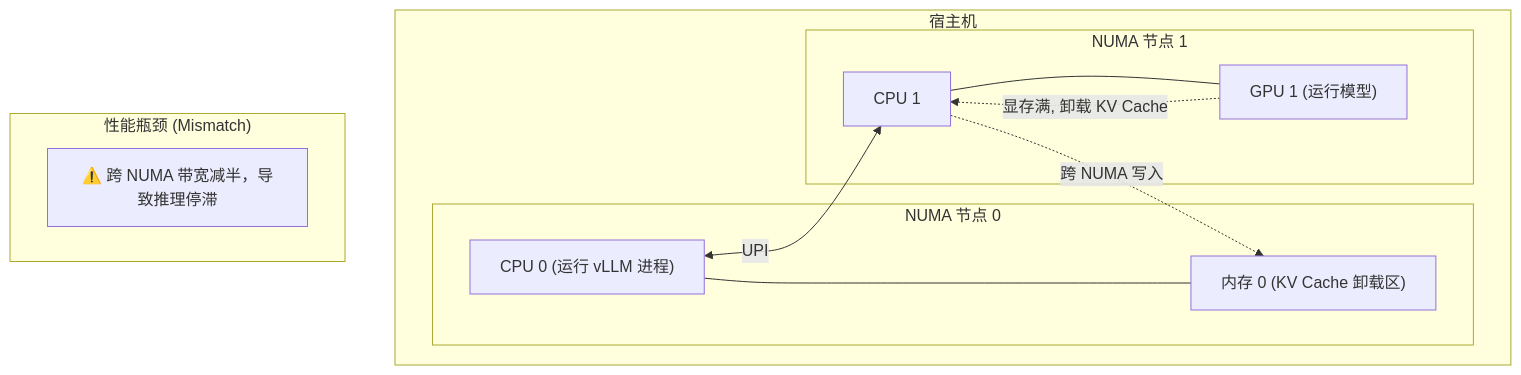
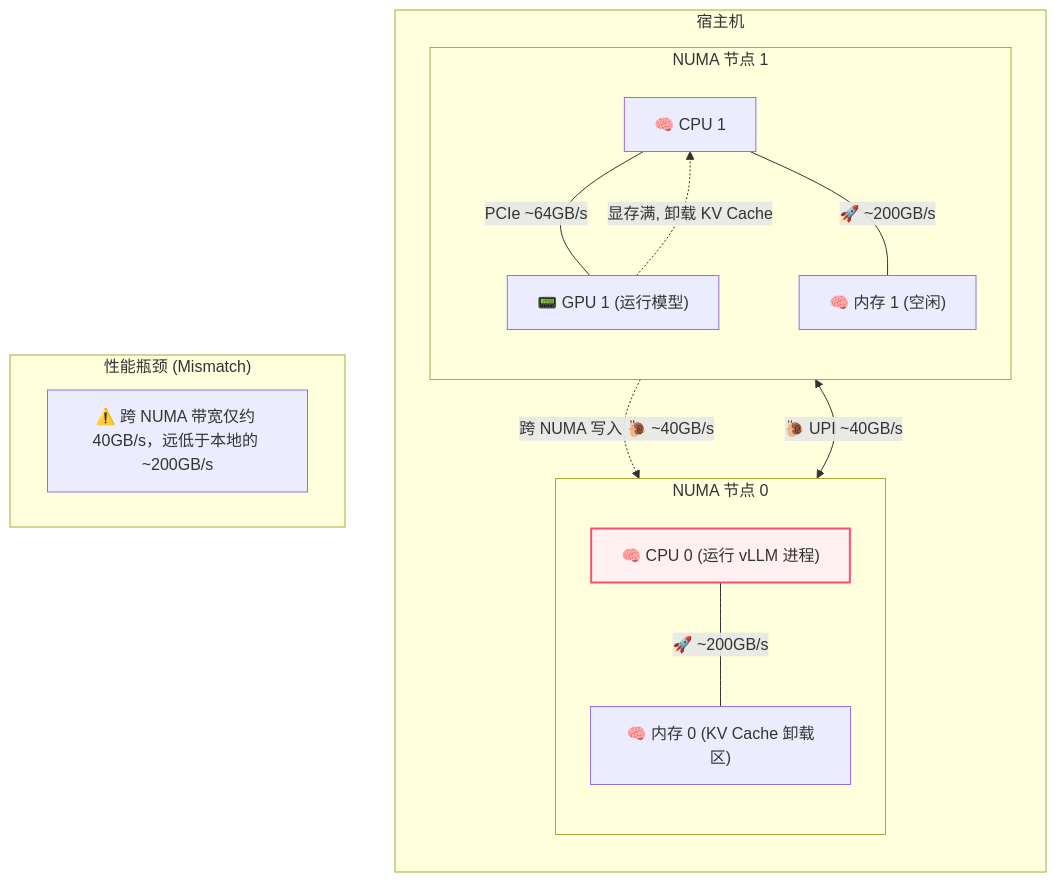
One commit to Random-Liu/llm-inference-principle-to-production changed the fourth of 5 diagrams in parts/part5_k8s.cn.md. Above: the diagram before and after it, drawn with Mermaid. The commit also changed other lines of this file and 1 other file, not shown here.

First line of the commit message:
feat(part5): refine diagrams, network topology, and references in Part 5

````diff
--- a/parts/part5_k8s.cn.md
+++ b/parts/part5_k8s.cn.md
@@ -332,18 +332,24 @@
 ```mermaid
 graph TD
     subgraph 宿主机
+        direction TB
         subgraph NUMA0 ["NUMA 节点 0"]
-            CPU0["CPU 0 (运行 vLLM 进程)"] --- RAM0["内存 0 (KV Cache 卸载区)"]
+            direction TB
+            CPU0["🧠 CPU 0 (运行 vLLM 进程)"] ---|"🚀 ~200GB/s"| RAM0["🧠 内存 0 (KV Cache 卸载区)"]
         end
         subgraph NUMA1 ["NUMA 节点 1"]
-            CPU1[CPU 1] --- GPU1["GPU 1 (运行模型)"]
+            direction TB
+            CPU1["🧠 CPU 1"] ---|"PCIe ~64GB/s"| GPU1["📟 GPU 1 (运行模型)"]
+            CPU1 ---|"🚀 ~200GB/s"| RAM1["🧠 内存 1 (空闲)"]
         end
-        CPU0 <-->|UPI| CPU1
+        CPU0 <-->|"🐌 UPI ~40GB/s"| CPU1
     end
     
     subgraph "性能瓶颈 (Mismatch)"
         GPU1 -.->|显存满, 卸载 KV Cache| CPU1
-        CPU1 -.->|跨 NUMA 写入| RAM0
-        note["⚠️ 跨 NUMA 带宽减半，导致推理停滞"]
+        CPU1 -.->|"跨 NUMA 写入 🐌 ~40GB/s"| RAM0
+        note["⚠️ 跨 NUMA 带宽仅约 40GB/s，远低于本地的 ~200GB/s"]
     end
+    
+    style CPU0 fill:#fff0f2,stroke:#ff4d6d,stroke-width:2px
 ```
````
